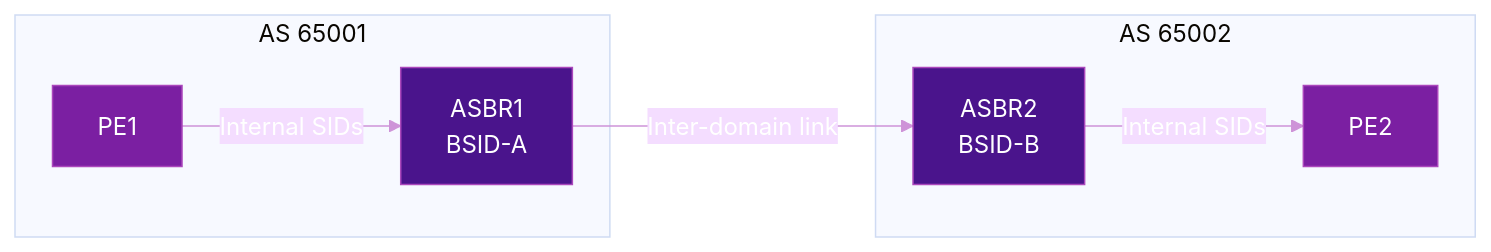
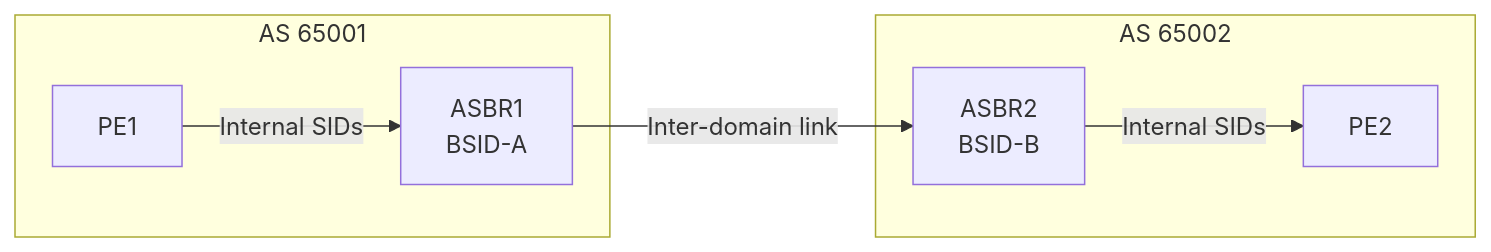
One commit to eldaninavas/srv6.md changed the first of 2 diagrams in docs/topics/inter-domain.md. Above: the diagram before and after it, drawn with Mermaid. The commit also changed other lines of this file and 29 other files, not shown here.

First line of the commit message:
fix(mermaid): apply theme-aware colors site-wide

````diff
--- a/docs/topics/inter-domain.md
+++ b/docs/topics/inter-domain.md
@@ -54,22 +54,16 @@
 ```mermaid
-%%{init: {"theme": "base", "themeVariables": {"primaryTextColor": "#fff", "lineColor": "#ce93d8", "textColor": "#fff"}}}%%
 graph LR
     PE1[PE1] -->|Internal SIDs| ASBR1[ASBR1<br/>BSID-A]
     ASBR1 -->|Inter-domain link| ASBR2[ASBR2<br/>BSID-B]
     ASBR2 -->|Internal SIDs| PE2[PE2]
 
     subgraph AS 65001
         PE1
         ASBR1
     end
 
     subgraph AS 65002
         ASBR2
         PE2
     end
-
-    style PE1 fill:#7b1fa2,color:#fff,stroke:#ab47bc
-    style ASBR1 fill:#4a148c,color:#fff,stroke:#ab47bc
-    style ASBR2 fill:#4a148c,color:#fff,stroke:#ab47bc
-    style PE2 fill:#7b1fa2,color:#fff,stroke:#ab47bc
 ```
````
